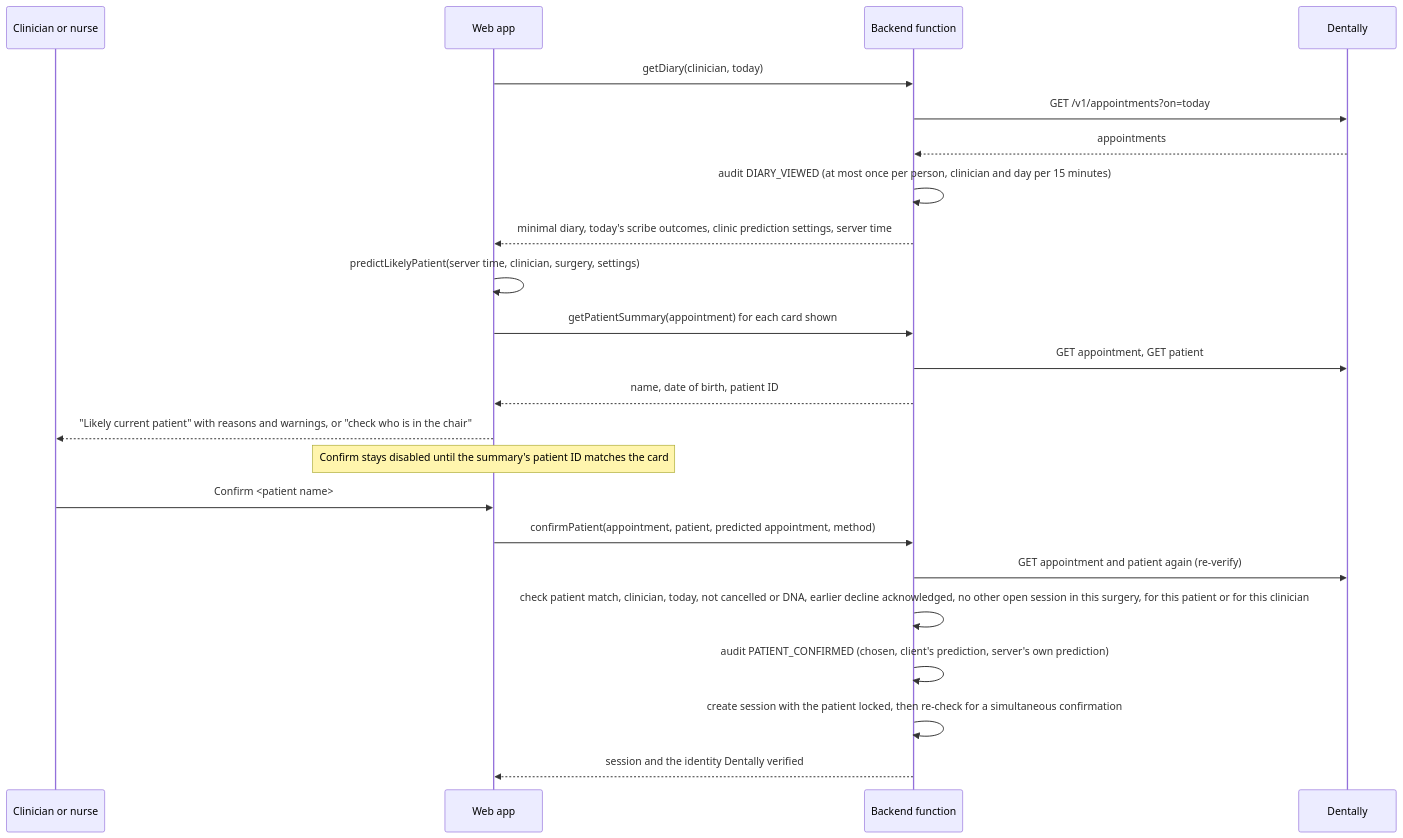
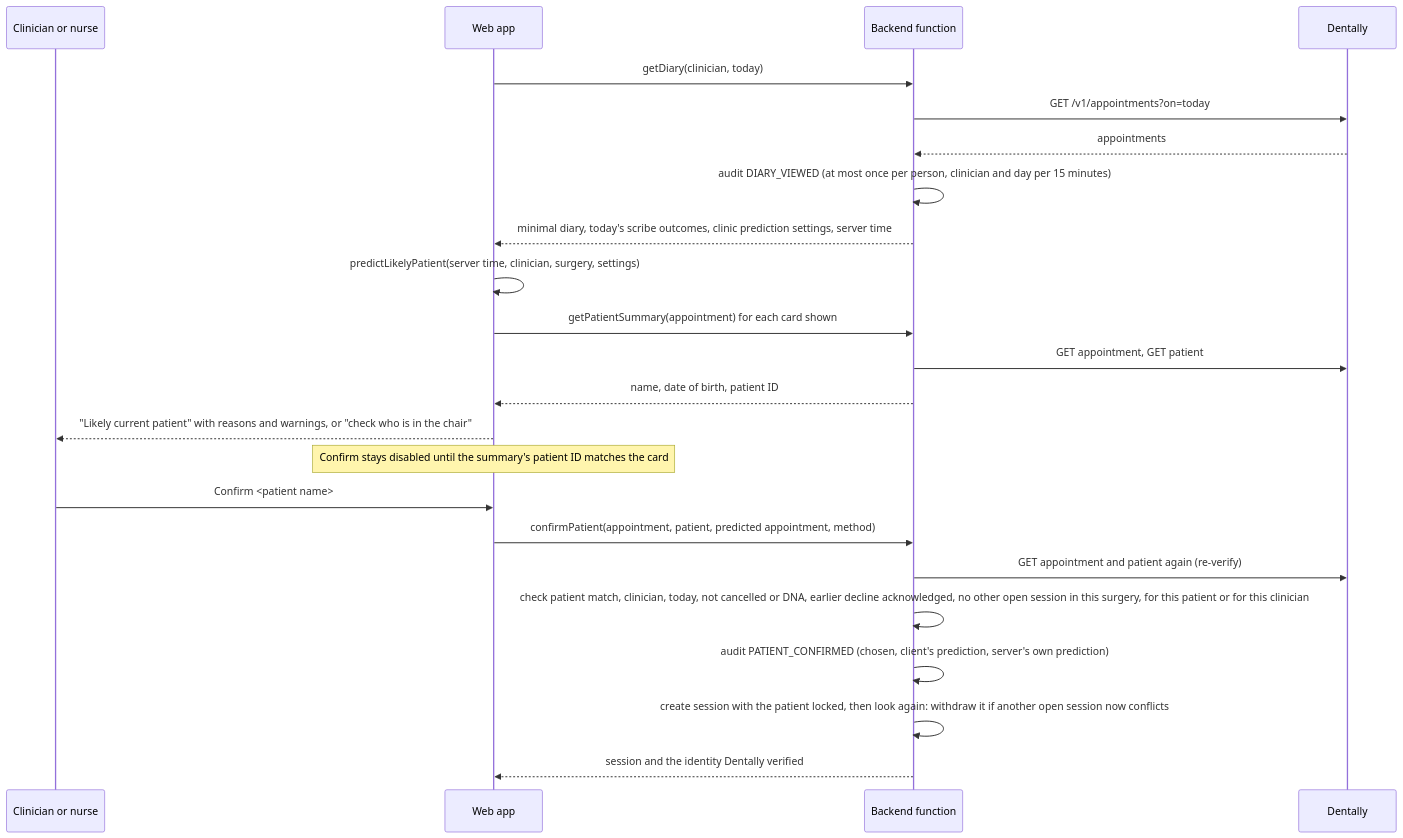
The second of 3 diagrams in docs/architecture.md (hishamsaqib-create/auranotetaker-pro), drawn with Mermaid before and after one commit. The commit also changed other lines of this file and 30 other files, not shown here.

````diff
--- a/docs/architecture.md
+++ b/docs/architecture.md
@@ -128,25 +128,25 @@
 ```mermaid
 sequenceDiagram
   participant U as Clinician or nurse
   participant W as Web app
   participant F as Backend function
   participant D as Dentally
   W->>F: getDiary(clinician, today)
   F->>D: GET /v1/appointments?on=today
   D-->>F: appointments
   F->>F: audit DIARY_VIEWED (at most once per person, clinician and day per 15 minutes)
   F-->>W: minimal diary, today's scribe outcomes, clinic prediction settings, server time
   W->>W: predictLikelyPatient(server time, clinician, surgery, settings)
   W->>F: getPatientSummary(appointment) for each card shown
   F->>D: GET appointment, GET patient
   F-->>W: name, date of birth, patient ID
   W-->>U: "Likely current patient" with reasons and warnings, or "check who is in the chair"
   Note over W: Confirm stays disabled until the summary's patient ID matches the card
   U->>W: Confirm <patient name>
   W->>F: confirmPatient(appointment, patient, predicted appointment, method)
   F->>D: GET appointment and patient again (re-verify)
   F->>F: check patient match, clinician, today, not cancelled or DNA, earlier decline acknowledged, no other open session in this surgery, for this patient or for this clinician
   F->>F: audit PATIENT_CONFIRMED (chosen, client's prediction, server's own prediction)
-  F->>F: create session with the patient locked, then re-check for a simultaneous confirmation
+  F->>F: create session with the patient locked, then look again: withdraw it if another open session now conflicts
   F-->>W: session and the identity Dentally verified
 ```
````
